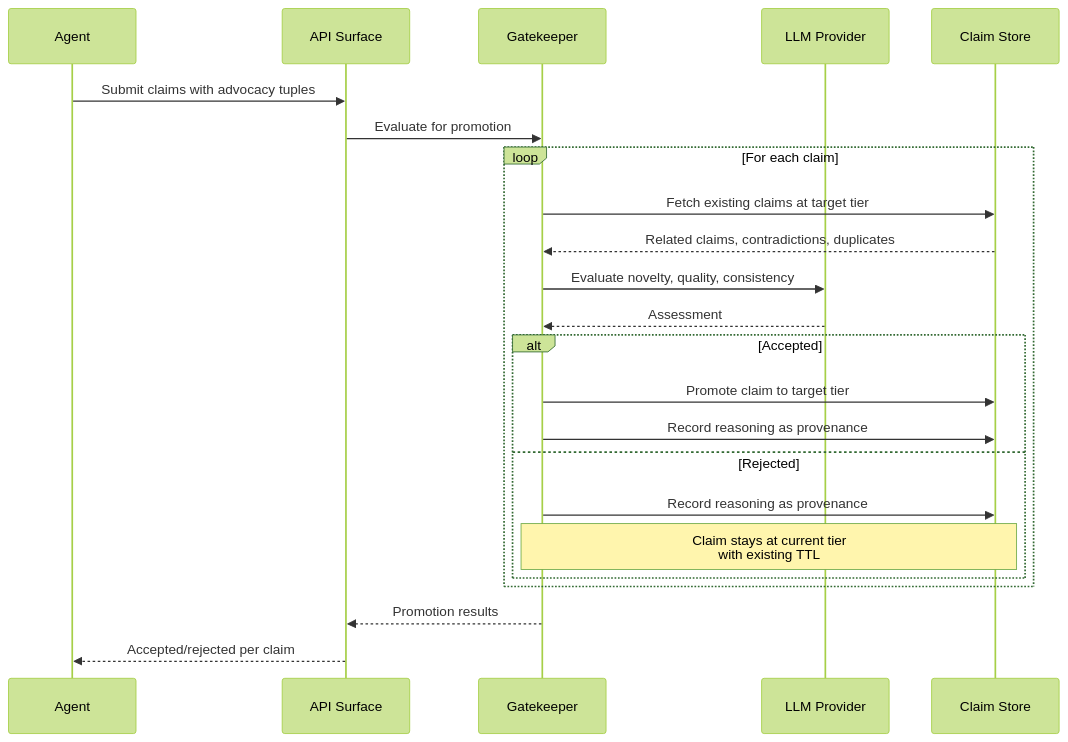
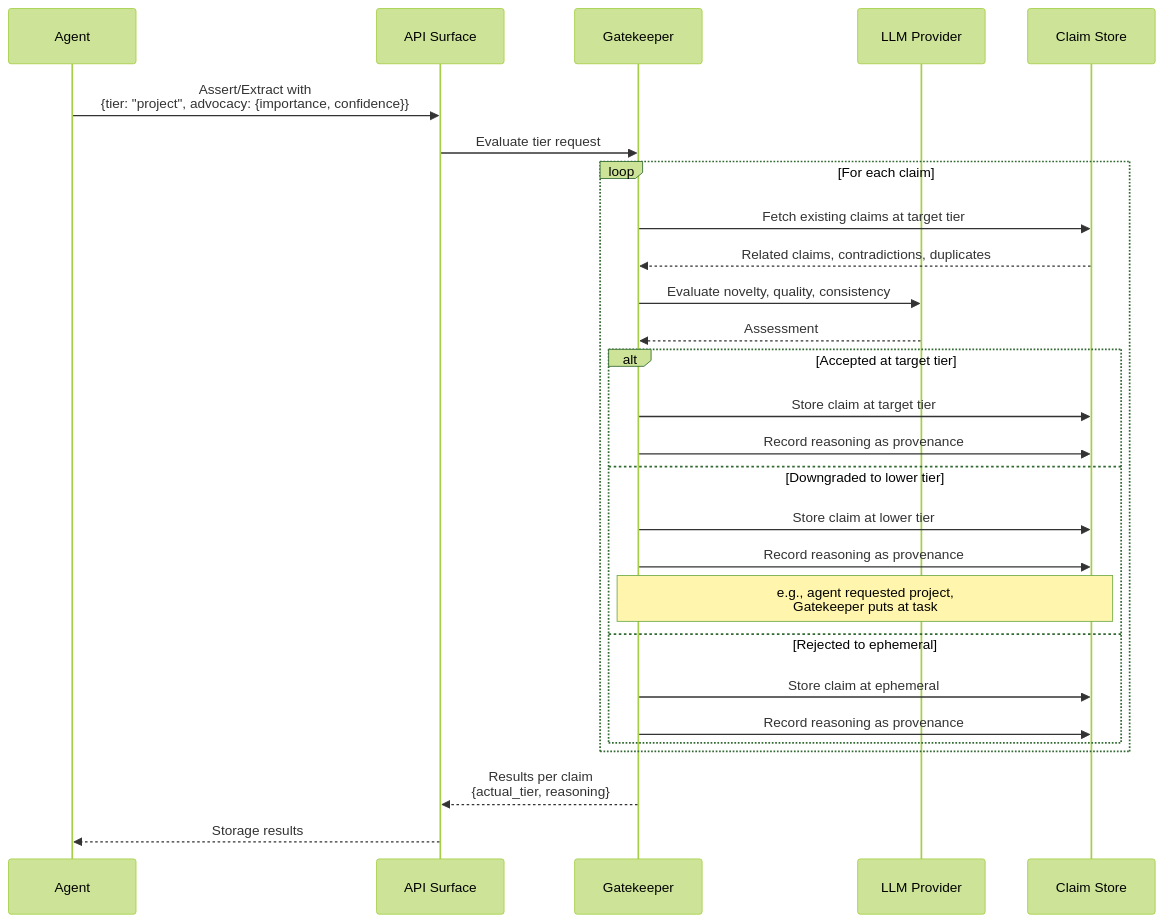
One commit to JDRay42/Boswell changed the tenth of 15 diagrams in docs/architecture/01-architecture.md. Above: the diagram before and after it, drawn with Mermaid (forest theme). The commit also changed other lines of this file and 1 other file, not shown here.

First line of the commit message:
refactor(arch): Router always present, per-instance tokens, clarify security model

````diff
--- a/docs/architecture/01-architecture.md
+++ b/docs/architecture/01-architecture.md
@@ -286,29 +493,33 @@
 ```mermaid
 sequenceDiagram
     participant Agent
     participant API as API Surface
     participant GK as Gatekeeper
     participant LLM as LLM Provider
     participant CS as Claim Store
 
-    Agent->>API: Submit claims with advocacy tuples
-    API->>GK: Evaluate for promotion
+    Agent->>API: Assert/Extract with<br/>{tier: "project", advocacy: {importance, confidence}}
+    API->>GK: Evaluate tier request
 
     loop For each claim
         GK->>CS: Fetch existing claims at target tier
         CS-->>GK: Related claims, contradictions, duplicates
         GK->>LLM: Evaluate novelty, quality, consistency
         LLM-->>GK: Assessment
 
-        alt Accepted
-            GK->>CS: Promote claim to target tier
+        alt Accepted at target tier
+            GK->>CS: Store claim at target tier
             GK->>CS: Record reasoning as provenance
-        else Rejected
+        else Downgraded to lower tier
+            GK->>CS: Store claim at lower tier
             GK->>CS: Record reasoning as provenance
-            Note over GK,CS: Claim stays at current tier<br/>with existing TTL
+            Note over GK,CS: e.g., agent requested project,<br/>Gatekeeper puts at task
+        else Rejected to ephemeral
+            GK->>CS: Store claim at ephemeral
+            GK->>CS: Record reasoning as provenance
         end
     end
 
-    GK-->>API: Promotion results
-    API-->>Agent: Accepted/rejected per claim
+    GK-->>API: Results per claim<br/>{actual_tier, reasoning}
+    API-->>Agent: Storage results
 ```
````
